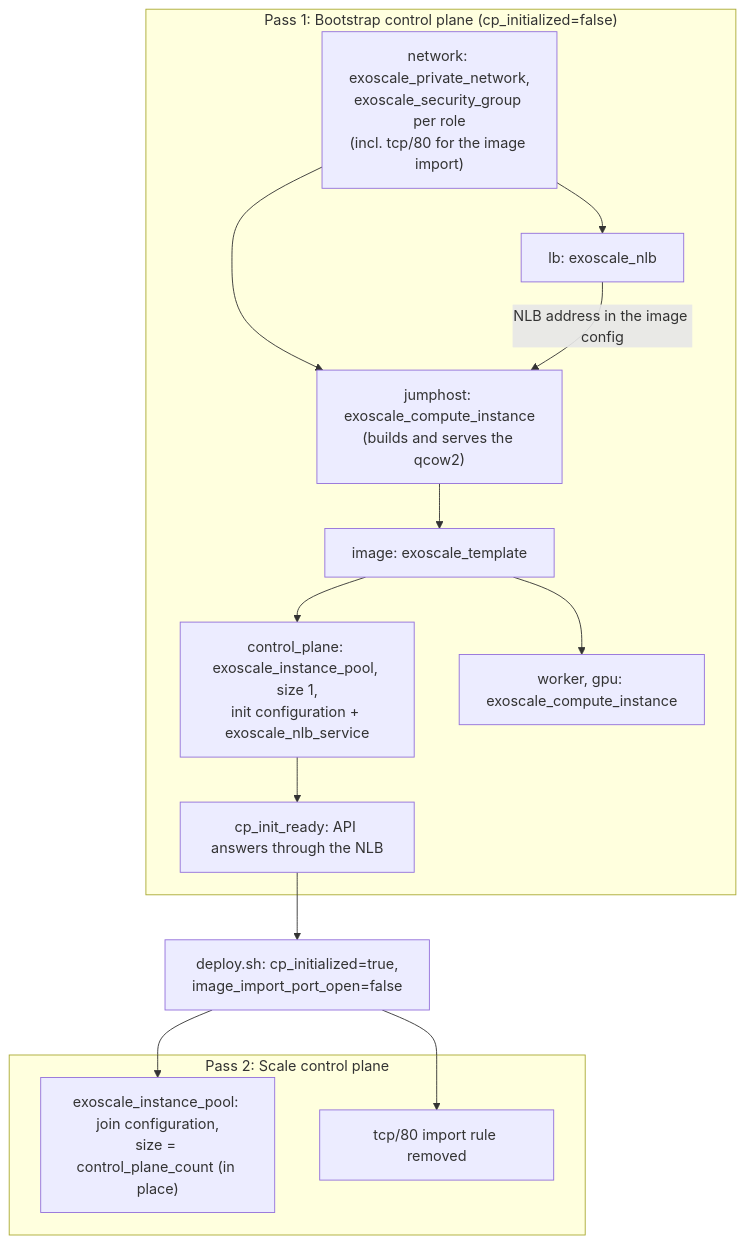
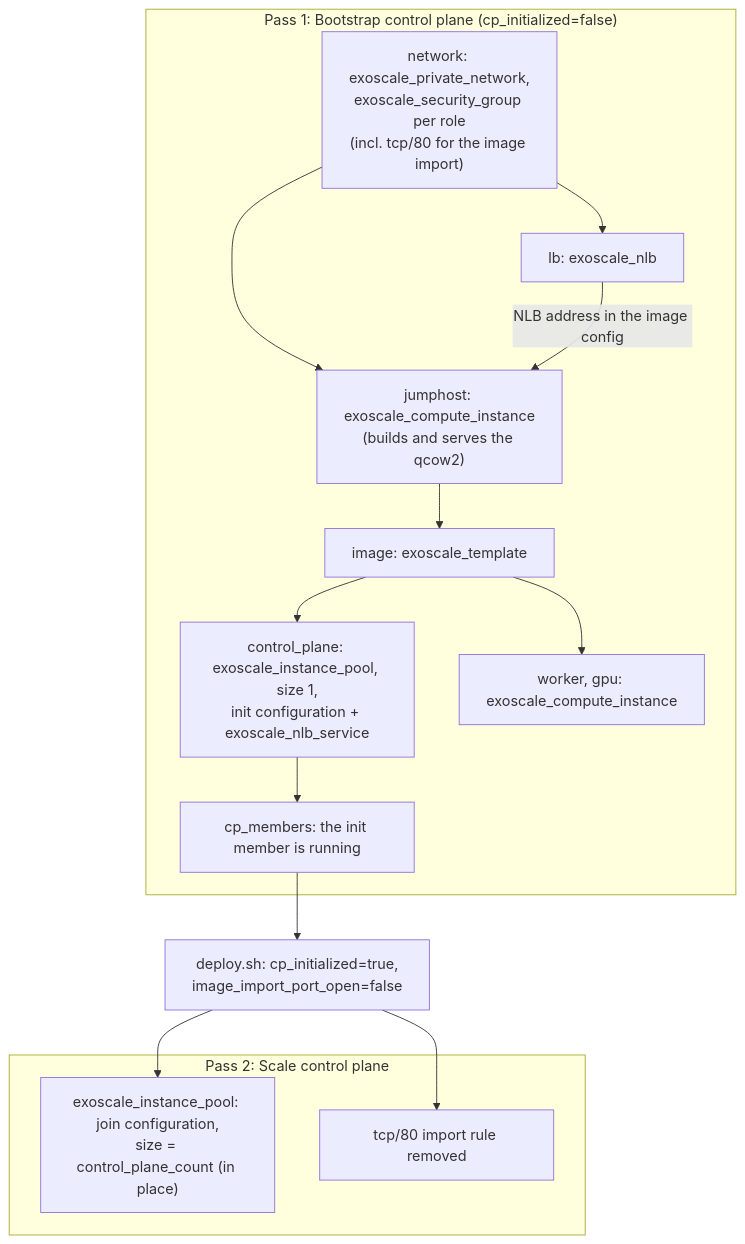
The sixth of 10 diagrams in docs/architecture.md (e-minguez/suse-ai-factory-cloud-providers), drawn with Mermaid before and after one commit. The commit also changed 10 other files, not shown here.

First line of the commit message:
feat(exoscale): wait for the init member instead of the Kubernetes API (#11)

````diff
--- a/docs/architecture.md
+++ b/docs/architecture.md
@@ -188,27 +188,27 @@
 ```mermaid
 flowchart TD
     subgraph p1 ["Pass 1: Bootstrap control plane (cp_initialized=false)"]
         net["network: exoscale_private_network,<br/>exoscale_security_group per role<br/>(incl. tcp/80 for the image import)"]
         lb["lb: exoscale_nlb"]
         jh["jumphost: exoscale_compute_instance<br/>(builds and serves the qcow2)"]
         img["image: exoscale_template"]
         pool["control_plane: exoscale_instance_pool, size 1,<br/>init configuration + exoscale_nlb_service"]
         ag["worker, gpu: exoscale_compute_instance"]
-        wait["cp_init_ready: API answers through the NLB"]
+        wait["cp_members: the init member is running"]
         net --> lb
         net --> jh
         lb -- "NLB address in the image config" --> jh
         jh --> img --> pool --> wait
         img --> ag
     end
 
     wait --> pin["deploy.sh: cp_initialized=true,<br/>image_import_port_open=false"]
 
     subgraph p2 ["Pass 2: Scale control plane"]
         scale["exoscale_instance_pool: join configuration,<br/>size = control_plane_count (in place)"]
         fwclose["tcp/80 import rule removed"]
     end
 
     pin --> scale
     pin --> fwclose
 ```
````
